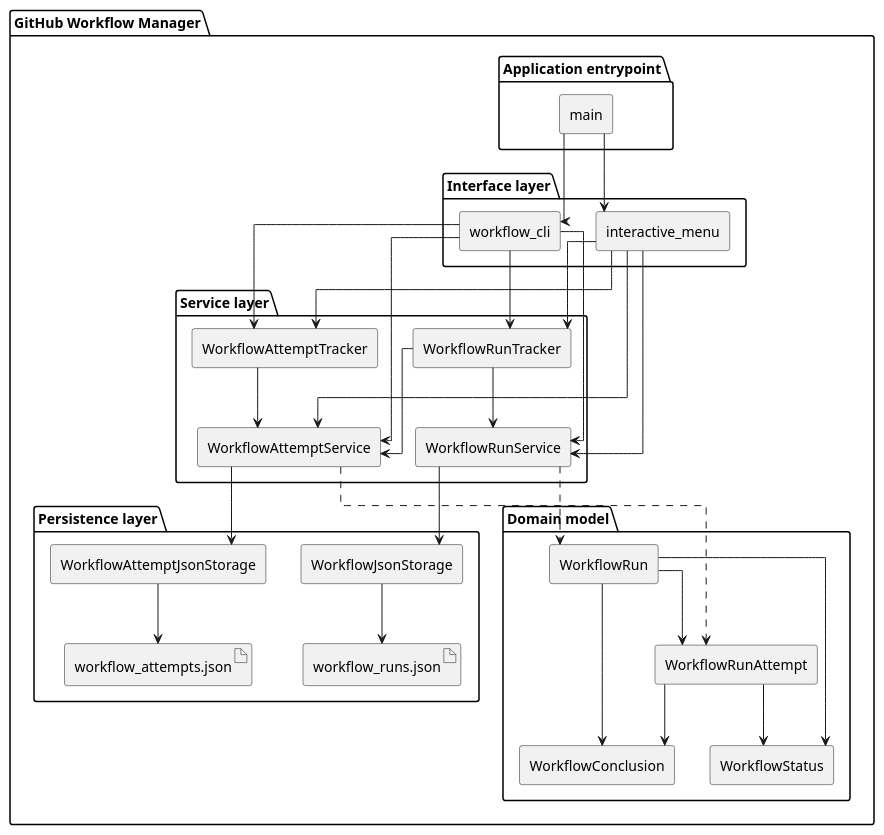
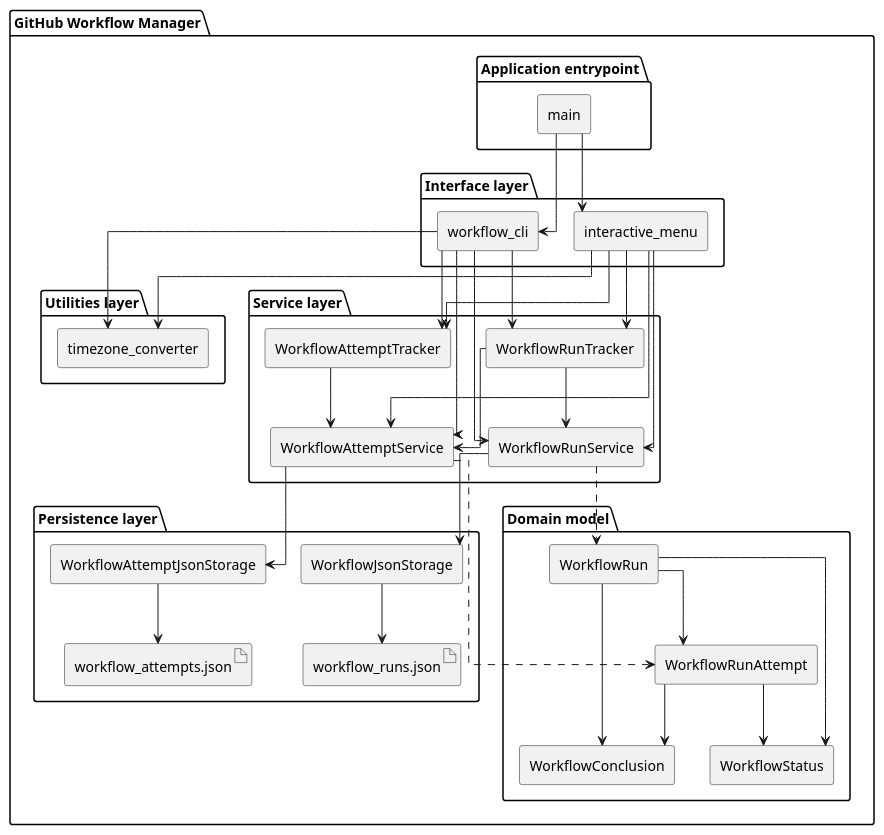
The diagram in experiments/pipeline/structured_text/github-workflow-manager/artifacts/component_diagram.puml (DanielRiha8906/Software_autoevolution_using_agents), drawn with PlantUML before and after one commit. The commit also changed 17 other files, not shown here.

```diff
--- a/experiments/pipeline/structured_text/github-workflow-manager/artifacts/component_diagram.puml
+++ b/experiments/pipeline/structured_text/github-workflow-manager/artifacts/component_diagram.puml
@@ -1,70 +1,77 @@
 @startuml component_diagram
 
 skinparam componentStyle rectangle
 skinparam linetype ortho
 top to bottom direction
 
 package "GitHub Workflow Manager" {
 
   package "Application entrypoint" {
     component "main" as MAIN
   }
 
   package "Interface layer" {
     component "workflow_cli" as CLI
     component "interactive_menu" as IM
+  }
+
+  package "Utilities layer" {
+    component "timezone_converter" as TZ
   }
 
   package "Service layer" {
     component "WorkflowRunTracker" as TRACKER
     component "WorkflowAttemptTracker" as ATRACKER
     component "WorkflowRunService" as SVC
     component "WorkflowAttemptService" as ASVC
   }
 
   package "Persistence layer" {
     component "WorkflowJsonStorage" as STOR
     component "WorkflowAttemptJsonStorage" as ASTOR
     artifact "workflow_runs.json" as JSON_FILE
     artifact "workflow_attempts.json" as AJSON_FILE
   }
 
   package "Domain model" {
     component "WorkflowRun" as RUN
     component "WorkflowRunAttempt" as ATTEMPT
     component "WorkflowStatus" as STATUS
     component "WorkflowConclusion" as CONCLUSION
   }
 }
 
 MAIN --> CLI
 MAIN --> IM
+
+CLI --> TZ
+IM --> TZ
 
 CLI --> TRACKER
 IM --> TRACKER
 CLI --> ATRACKER
 IM --> ATRACKER
 
 CLI --> SVC
 IM --> SVC
 CLI --> ASVC
 IM --> ASVC
 
 TRACKER --> SVC
 TRACKER --> ASVC
 ATRACKER --> ASVC
 SVC --> STOR
 ASVC --> ASTOR
 STOR --> JSON_FILE
 ASTOR --> AJSON_FILE
 
 SVC ..> RUN
 RUN --> STATUS
 RUN --> CONCLUSION
 RUN --> ATTEMPT
 
 ASVC ..> ATTEMPT
 ATTEMPT --> STATUS
 ATTEMPT --> CONCLUSION
 
 @enduml
```
